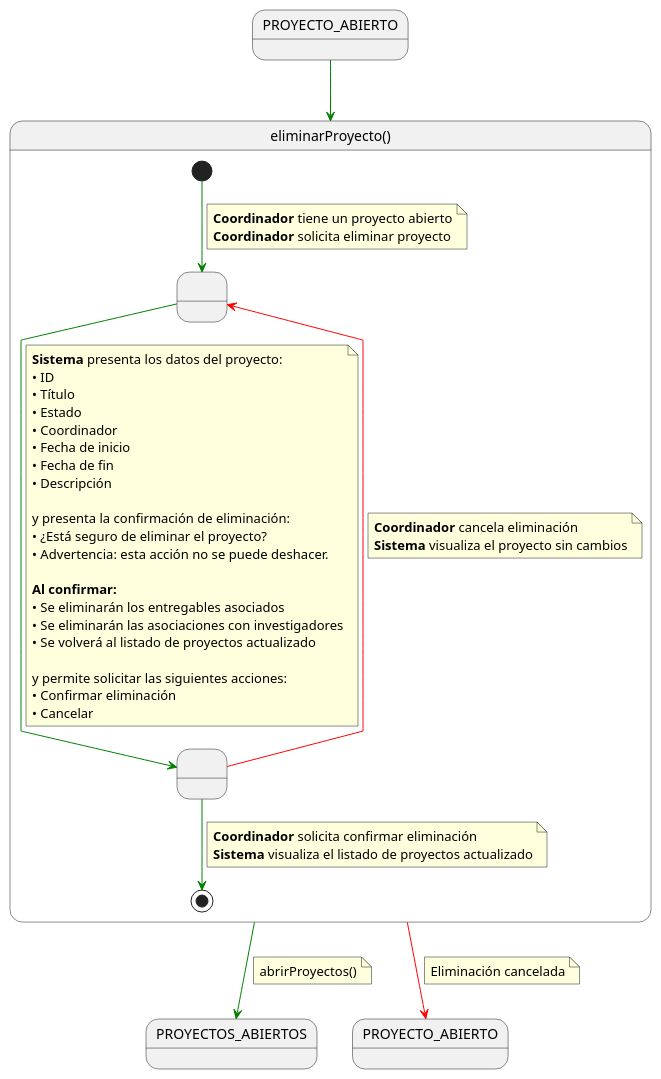
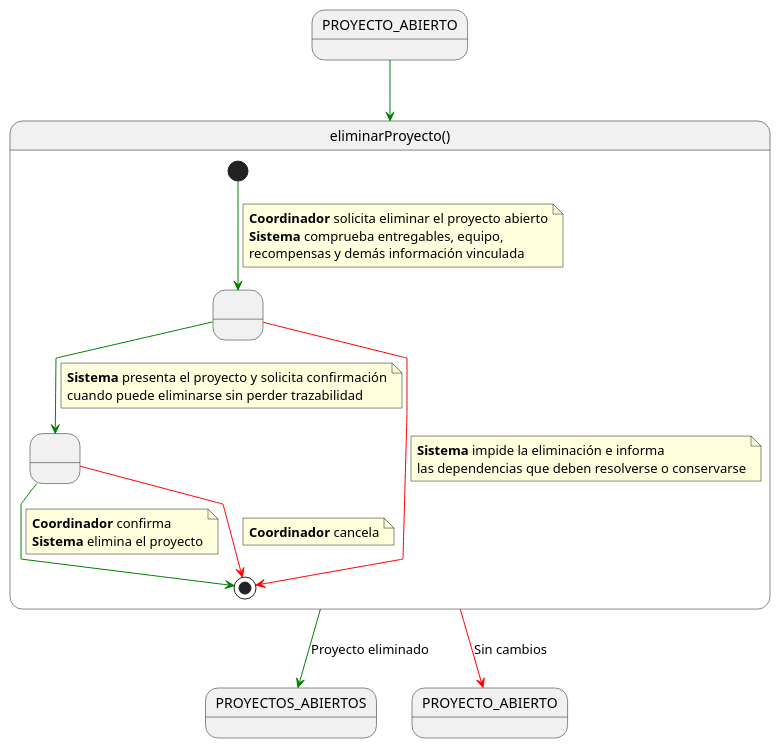
Before and after one commit to beatriizorozco/25-26-idsw2-sdVC: the diagram in RUP/00-casos-uso/02-detalle/coordinador/eliminarProyecto/especificacion.puml, drawn with PlantUML. The commit also changed 38 other files, not shown here.

First line of the commit message:
docs(proyectos): completar detalle funcional del bloque 5

```diff
--- a/RUP/00-casos-uso/02-detalle/coordinador/eliminarProyecto/especificacion.puml
+++ b/RUP/00-casos-uso/02-detalle/coordinador/eliminarProyecto/especificacion.puml
@@ -1,67 +1,45 @@
 @startuml eliminarProyecto
 skinparam linetype polyline
 
-state in1 as "PROYECTO_ABIERTO"
-in1 -[#green]-> eliminarProyecto
-
+state proyecto as "PROYECTO_ABIERTO"
+proyecto -[#green]-> eliminarProyecto
 
 state eliminarProyecto as "eliminarProyecto()" {
-
-    state " " as MostrandoProyecto
+    state " " as ComprobandoDependencias
     state " " as ConfirmandoEliminacion
 
-    [*] -[#green]-> MostrandoProyecto
+    [*] -[#green]-> ComprobandoDependencias
     note on link
-    <b>Coordinador</b> tiene un proyecto abierto
-    <b>Coordinador</b> solicita eliminar proyecto
+    <b>Coordinador</b> solicita eliminar el proyecto abierto
+    <b>Sistema</b> comprueba entregables, equipo,
+    recompensas y demás información vinculada
     end note
 
-    MostrandoProyecto -[#green]-> ConfirmandoEliminacion
+    ComprobandoDependencias -[#red]-> [*]
     note on link
-    <b>Sistema</b> presenta los datos del proyecto:
-    • ID
-    • Título
-    • Estado
-    • Coordinador
-    • Fecha de inicio
-    • Fecha de fin
-    • Descripción
+    <b>Sistema</b> impide la eliminación e informa
+    las dependencias que deben resolverse o conservarse
+    end note
 
-    y presenta la confirmación de eliminación:
-    • ¿Está seguro de eliminar el proyecto?
-    • Advertencia: esta acción no se puede deshacer.
-
-    <b>Al confirmar:</b>
-    • Se eliminarán los entregables asociados
-    • Se eliminarán las asociaciones con investigadores
-    • Se volverá al listado de proyectos actualizado
-
-    y permite solicitar las siguientes acciones:
-    • Confirmar eliminación
-    • Cancelar
+    ComprobandoDependencias -[#green]-> ConfirmandoEliminacion
+    note on link
+    <b>Sistema</b> presenta el proyecto y solicita confirmación
+    cuando puede eliminarse sin perder trazabilidad
     end note
 
     ConfirmandoEliminacion -[#green]-> [*]
     note on link
-    <b>Coordinador</b> solicita confirmar eliminación
-    <b>Sistema</b> visualiza el listado de proyectos actualizado
+    <b>Coordinador</b> confirma
+    <b>Sistema</b> elimina el proyecto
     end note
 
-    ConfirmandoEliminacion -[#red]-> MostrandoProyecto
+    ConfirmandoEliminacion -[#red]-> [*]
     note on link
-    <b>Coordinador</b> cancela eliminación
-    <b>Sistema</b> visualiza el proyecto sin cambios
+    <b>Coordinador</b> cancela
     end note
 }
 
-eliminarProyecto -[#green]-> PROYECTOS_ABIERTOS
-note on link
-abrirProyectos()
-end note
-
-eliminarProyecto -[#red]-> PROYECTO_ABIERTO
-note on link
-Eliminación cancelada
-end note
+eliminarProyecto -[#green]-> PROYECTOS_ABIERTOS: Proyecto eliminado
+eliminarProyecto -[#red]-> PROYECTO_ABIERTO: Sin cambios
 
 @enduml
```
